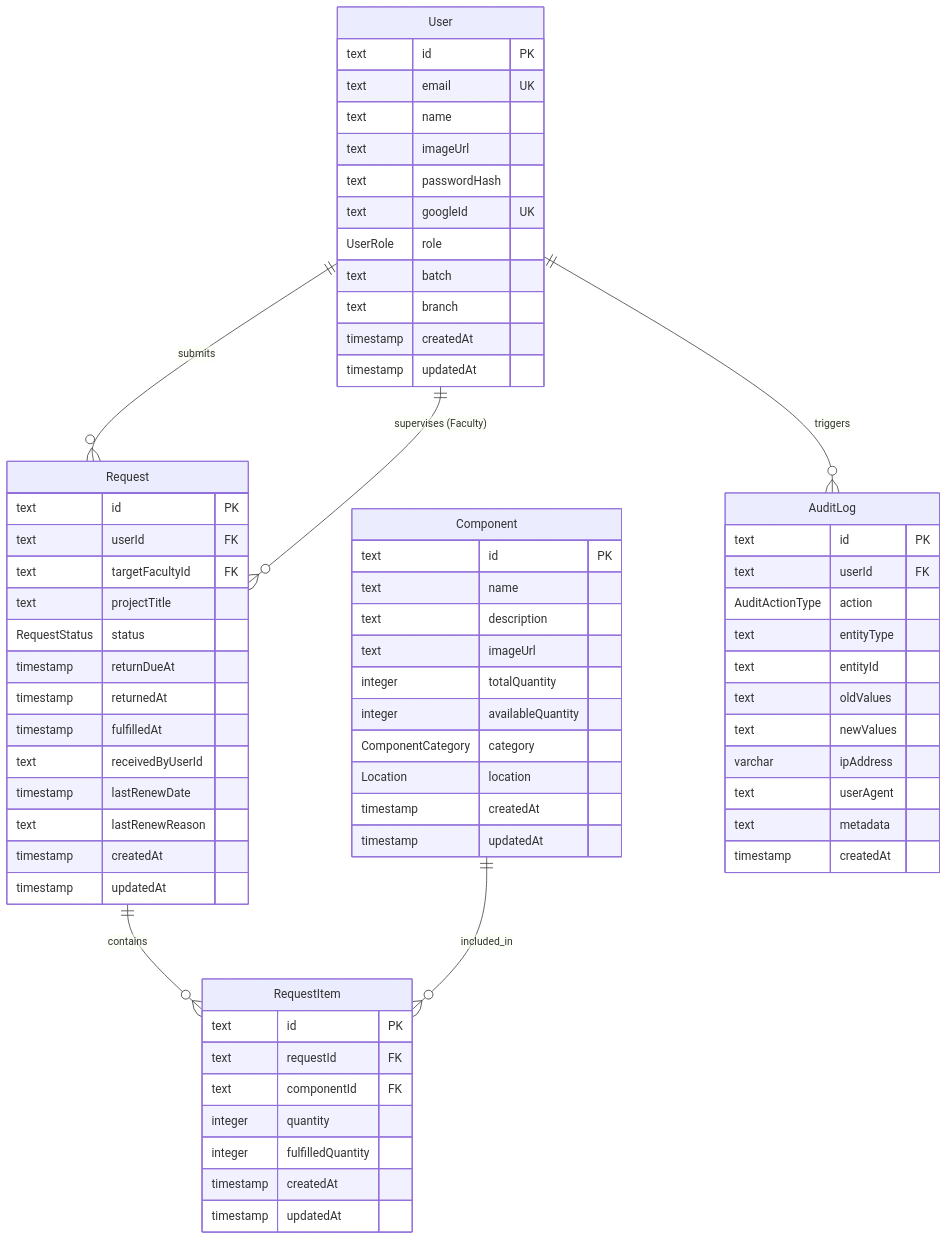
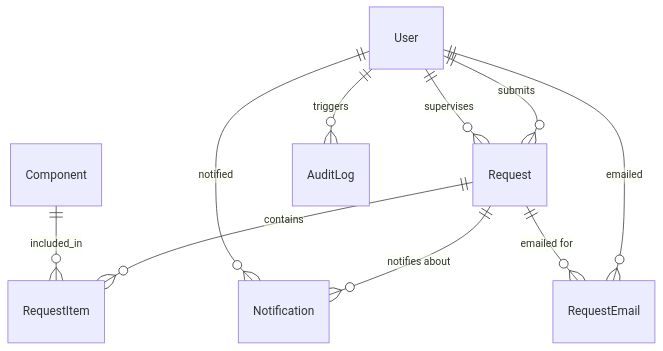
The second of 2 diagrams in README.md (sharifmdathar/iiitnr-inventory-app), drawn with Mermaid before and after one commit. The commit also changed other lines of this file and 56 other files, not shown here.

First line of the commit message:
feat(mail): request reminders, expiry notices and a late-return charge

````diff
--- a/README.md
+++ b/README.md
@@ -153,75 +160,12 @@
 ```mermaid
 erDiagram
-    User {
-        text id PK
-        text email UK
-        text name
-        text imageUrl
-        text passwordHash
-        text googleId UK
-        UserRole role
-        text batch
-        text branch
-        timestamp createdAt
-        timestamp updatedAt
-    }
-
-    Component {
-        text id PK
-        text name
-        text description
-        text imageUrl
-        integer totalQuantity
-        integer availableQuantity
-        ComponentCategory category
-        Location location
-        timestamp createdAt
-        timestamp updatedAt
-    }
-
-    Request {
-        text id PK
-        text userId FK
-        text targetFacultyId FK
-        text projectTitle
-        RequestStatus status
-        timestamp returnDueAt
-        timestamp returnedAt
-        timestamp fulfilledAt
-        text receivedByUserId
-        timestamp lastRenewDate
-        text lastRenewReason
-        timestamp createdAt
-        timestamp updatedAt
-    }
-
-    RequestItem {
-        text id PK
-        text requestId FK
-        text componentId FK
-        integer quantity
-        integer fulfilledQuantity
-        timestamp createdAt
-        timestamp updatedAt
-    }
-
-    AuditLog {
-        text id PK
-        text userId FK
-        AuditActionType action
-        text entityType
-        text entityId
-        text oldValues
-        text newValues
-        varchar ipAddress
-        text userAgent
-        text metadata
-        timestamp createdAt
-    }
-
+    User ||--o{ Request : "supervises"
     User ||--o{ Request : "submits"
-    User ||--o{ Request : "supervises (Faculty)"
+    Component ||--o{ RequestItem : "included_in"
+    Request ||--o{ RequestItem : "contains"
     User ||--o{ AuditLog : "triggers"
-    Request ||--o{ RequestItem : "contains"
-    Component ||--o{ RequestItem : "included_in"
+    User ||--o{ Notification : "notified"
+    Request ||--o{ Notification : "notifies about"
+    Request ||--o{ RequestEmail : "emailed for"
+    User ||--o{ RequestEmail : "emailed"
 ```
````
